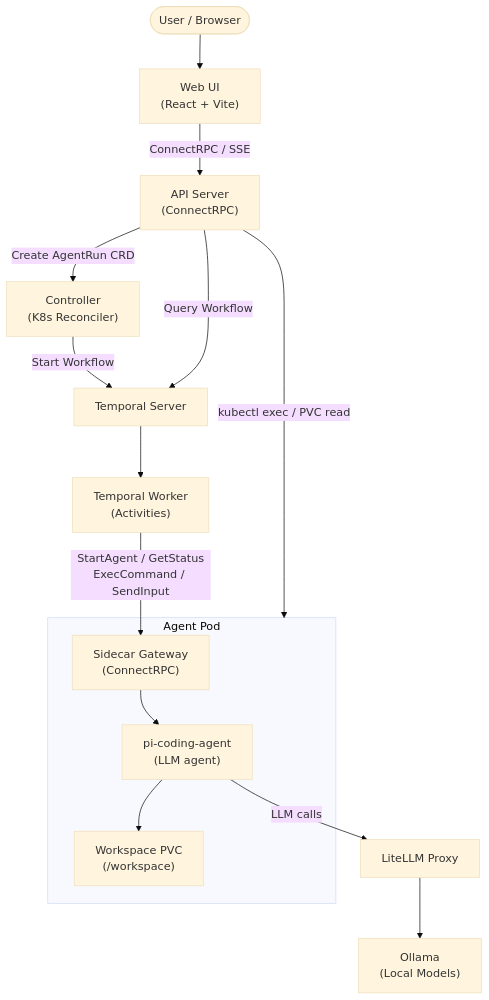
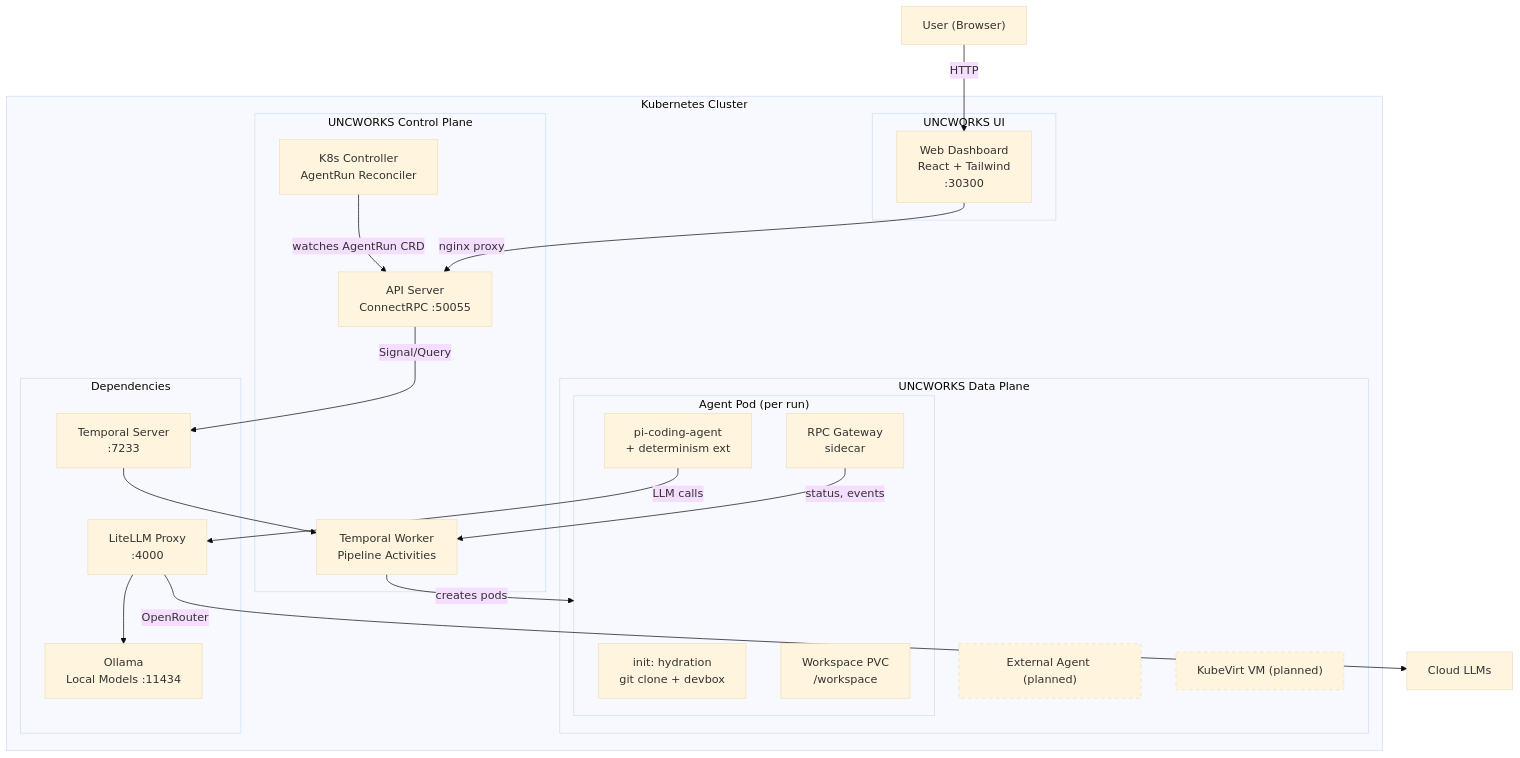
One commit to ross-corp/uncworks changed the diagram in docs/architecture/overview.md. Above: the diagram before and after it, drawn with Mermaid (base theme). The commit also changed other lines of this file and 1 other file, not shown here.

Commit message:
fix: architecture diagrams — proper mermaid syntax, sequence diagram, container detail

````diff
--- a/docs/architecture/overview.md
+++ b/docs/architecture/overview.md
@@ -7,30 +7,48 @@
 ```mermaid
 graph TB
-    User([User / Browser])
-    Web["Web UI<br/>(React + Vite)"]
-    API["API Server<br/>(ConnectRPC)"]
-    Controller["Controller<br/>(K8s Reconciler)"]
-    Temporal["Temporal Server"]
-    Worker["Temporal Worker<br/>(Activities)"]
-    LiteLLM["LiteLLM Proxy"]
-    Ollama["Ollama<br/>(Local Models)"]
+    User["User (Browser)"]
 
-    subgraph AgentPod["Agent Pod"]
-        Pi["pi-coding-agent<br/>(LLM agent)"]
-        Sidecar["Sidecar Gateway<br/>(ConnectRPC)"]
-        PVC["Workspace PVC<br/>(/workspace)"]
+    subgraph K8s["Kubernetes Cluster"]
+
+        subgraph UI["UNCWORKS UI"]
+            Web["Web Dashboard\nReact + Tailwind\n:30300"]
+        end
+
+        subgraph CP["UNCWORKS Control Plane"]
+            API["API Server\nConnectRPC :50055"]
+            Ctrl["K8s Controller\nAgentRun Reconciler"]
+            TW["Temporal Worker\nPipeline Activities"]
+        end
+
+        subgraph DP["UNCWORKS Data Plane"]
+            subgraph AgentPod["Agent Pod (per run)"]
+                Init["init: hydration\ngit clone + devbox"]
+                Pi["pi-coding-agent\n+ determinism ext"]
+                Sidecar["RPC Gateway\nsidecar"]
+                PVC["Workspace PVC\n/workspace"]
+            end
+            ExtAgent["External Agent (planned)"]
+            KubeVirt["KubeVirt VM (planned)"]
+        end
+
+        subgraph Deps["Dependencies"]
+            Temporal["Temporal Server\n:7233"]
+            LiteLLM["LiteLLM Proxy\n:4000"]
+            Ollama["Ollama\nLocal Models :11434"]
+        end
     end
 
-    User --> Web
-    Web -->|ConnectRPC / SSE| API
-    API -->|Create AgentRun CRD| Controller
-    Controller -->|Start Workflow| Temporal
-    Temporal --> Worker
-    Worker -->|StartAgent / GetStatus<br/>ExecCommand / SendInput| Sidecar
-    Sidecar --> Pi
-    Pi --> PVC
+    User -->|HTTP| Web
+    Web -->|nginx proxy| API
+    API -->|Signal/Query| Temporal
+    Temporal --> TW
+    Ctrl -->|watches AgentRun CRD| API
+    TW -->|creates pods| AgentPod
+    Sidecar -->|status, events| TW
     Pi -->|LLM calls| LiteLLM
     LiteLLM --> Ollama
-    API -->|Query Workflow| Temporal
-    API -->|kubectl exec / PVC read| AgentPod
+    LiteLLM -->|OpenRouter| Cloud["Cloud LLMs"]
+
+    style ExtAgent stroke-dasharray: 5 5
+    style KubeVirt stroke-dasharray: 5 5
 ```
````
